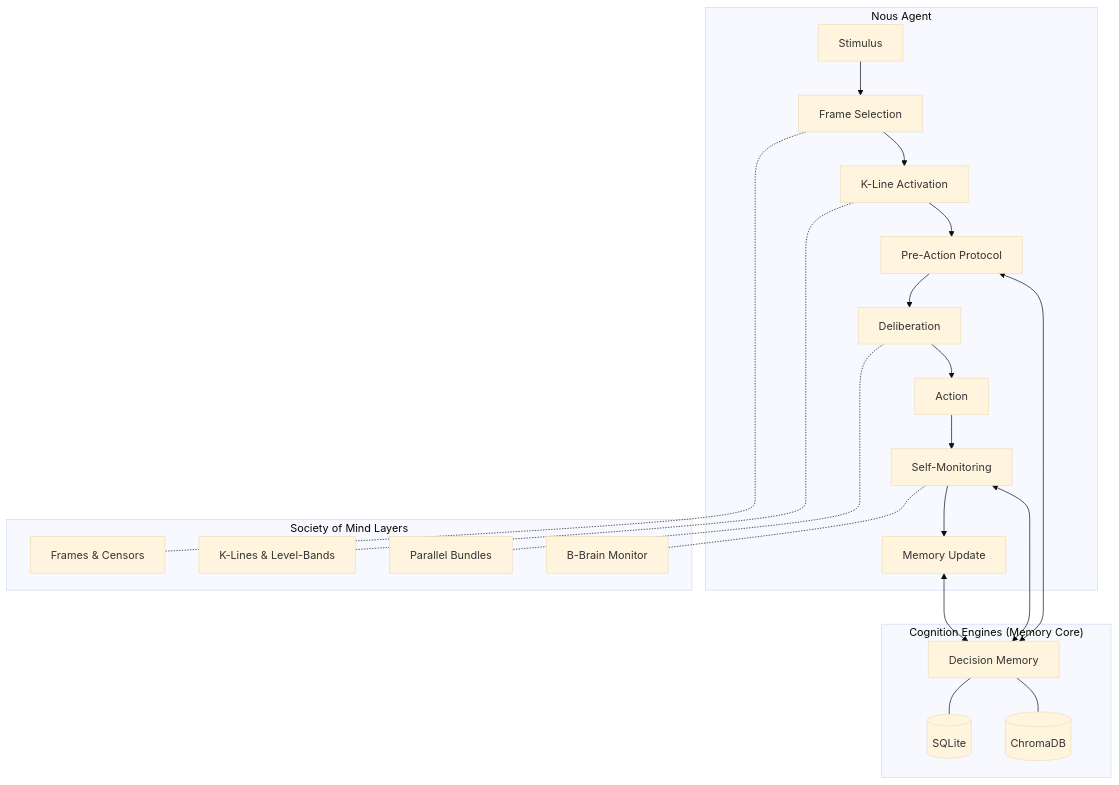
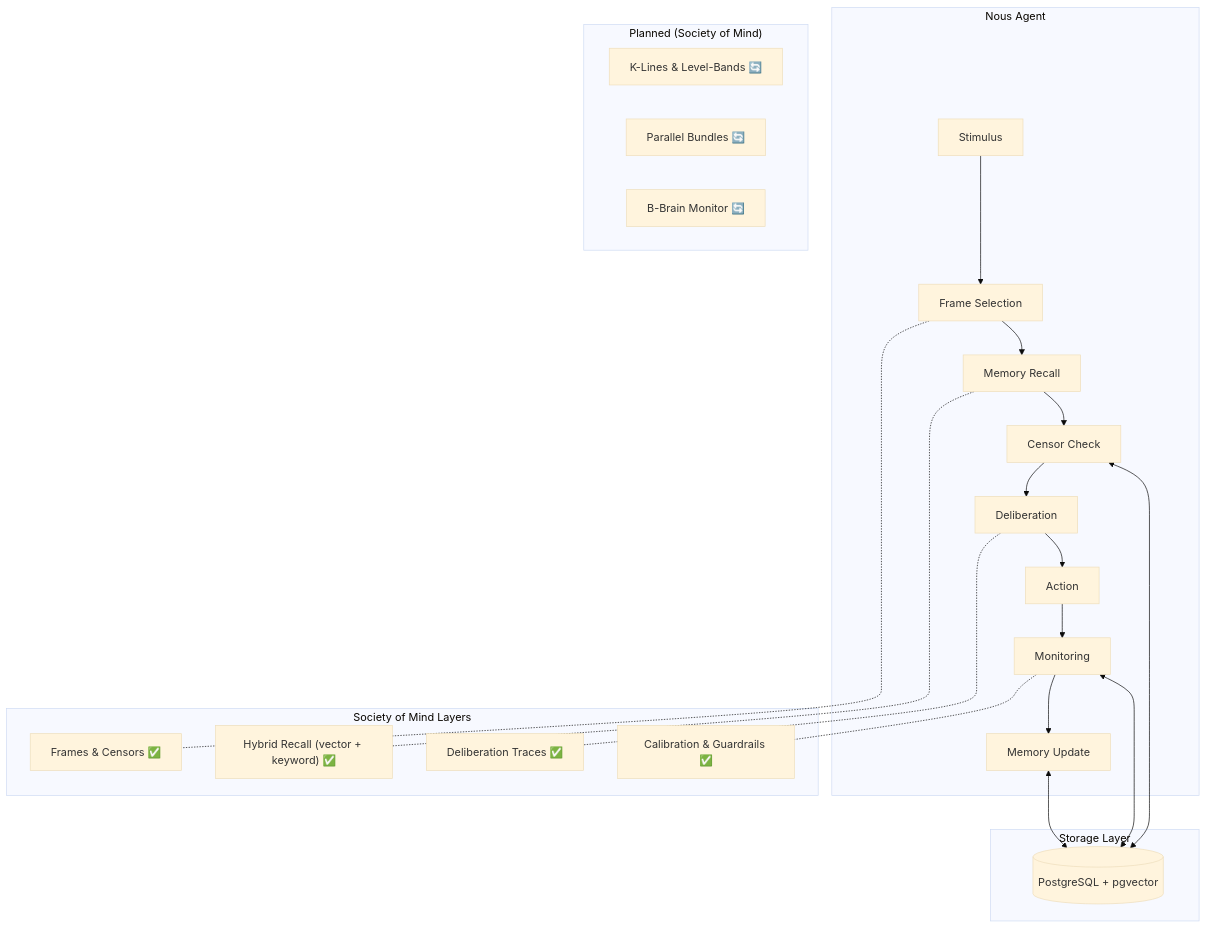
Before and after one commit to tfatykhov/nous: the first of 4 diagrams in README.md, drawn with Mermaid (base theme). The commit also changed other lines of this file, not shown here.

````diff
--- a/README.md
+++ b/README.md
@@ -28,27 +28,31 @@
 ```mermaid
 graph TB
     subgraph "Nous Agent"
         A[Stimulus] --> B[Frame Selection]
-        B --> C[K-Line Activation]
-        C --> D[Pre-Action Protocol]
+        B --> C[Memory Recall]
+        C --> D[Censor Check]
         D --> E[Deliberation]
         E --> F[Action]
-        F --> G[Self-Monitoring]
+        F --> G[Monitoring]
         G --> H[Memory Update]
     end
 
-    subgraph "Cognition Engines (Memory Core)"
-        D <--> CE[Decision Memory]
-        G <--> CE
-        H <--> CE
-        CE --- SQ[(SQLite)]
-        CE --- CH[(ChromaDB)]
+    subgraph "Storage Layer"
+        D <--> PG[(PostgreSQL + pgvector)]
+        G <--> PG
+        H <--> PG
     end
 
     subgraph "Society of Mind Layers"
-        B -.- FR[Frames & Censors]
-        C -.- KL[K-Lines & Level-Bands]
-        E -.- PB[Parallel Bundles]
-        G -.- BB[B-Brain Monitor]
+        B -.- FR["Frames & Censors ✅"]
+        C -.- MR["Hybrid Recall (vector + keyword) ✅"]
+        E -.- DT["Deliberation Traces ✅"]
+        G -.- CAL["Calibration & Guardrails ✅"]
+    end
+
+    subgraph "Planned (Society of Mind)"
+        KL["K-Lines & Level-Bands 🔄"]
+        PB["Parallel Bundles 🔄"]
+        BB["B-Brain Monitor 🔄"]
     end
 ```
````
